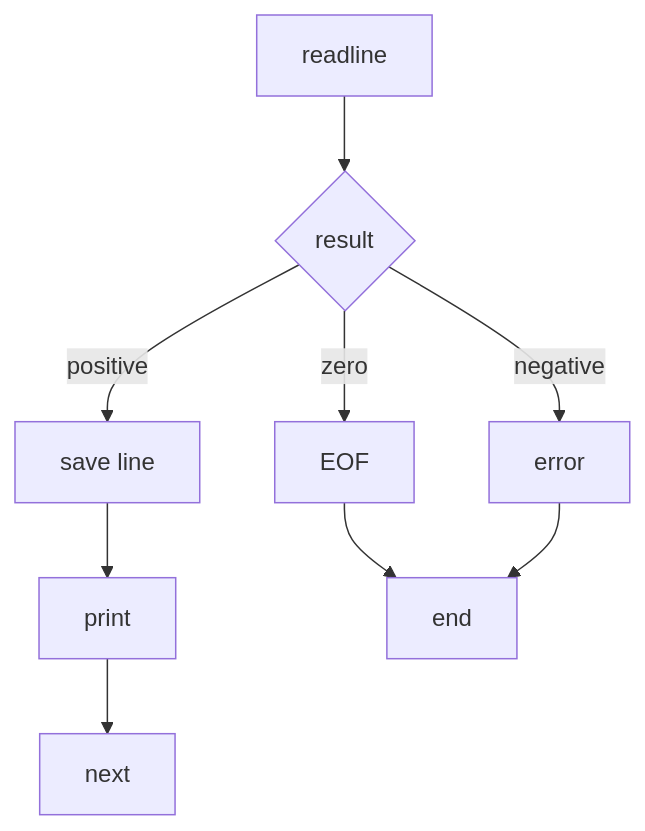
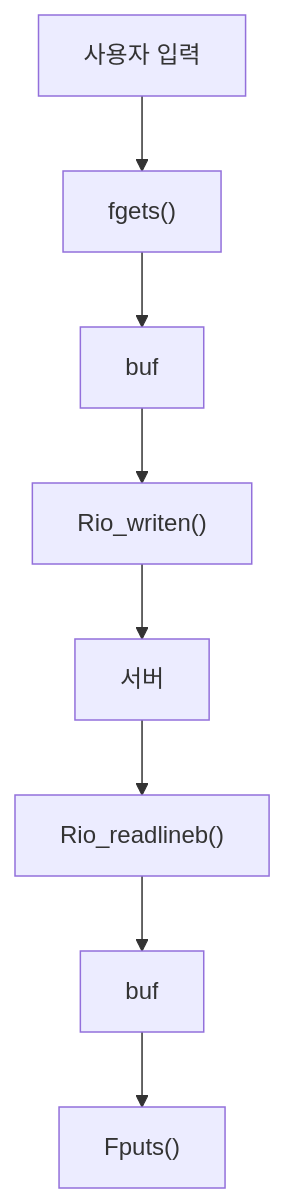
Before and after one commit to HyeYeonLee0112/SW-AI-W08-Webproxy-Lab: the third of 4 diagrams in docs/Study/echo.md, drawn with Mermaid. The commit also changed other lines of this file and 3 other files, not shown here.

````diff
--- a/docs/Study/echo.md
+++ b/docs/Study/echo.md
@@ -214,11 +141,10 @@
 ```mermaid
 flowchart TD
-  A[readline] --> B{result}
-  B -->|positive| C[save line]
-  C --> D[print]
-  D --> E[next]
-  B -->|zero| F[EOF]
-  F --> G[end]
-  B -->|negative| H[error]
-  H --> G
+  A["사용자 입력"] --> B["fgets()"]
+  B --> C["buf"]
+  C --> D["Rio_writen()"]
+  D --> E["서버"]
+  E --> F["Rio_readlineb()"]
+  F --> G["buf"]
+  G --> H["Fputs()"]
 ```
````
